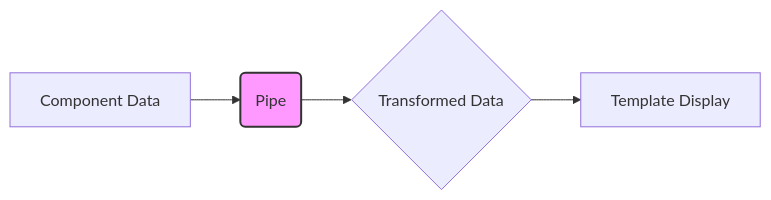
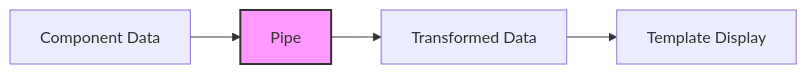
Before and after one commit to infoyouth/infoyouth.github.io: the third of 3 diagrams in _posts/2025-01-01-core-angular-concepts.md, drawn with Mermaid. The commit also changed other lines of this file and 1 other file, not shown here.

````diff
--- a/_posts/2025-01-01-core-angular-concepts.md
+++ b/_posts/2025-01-01-core-angular-concepts.md
@@ -416,7 +473,7 @@
 ```mermaid
 graph LR
-    A[Component Data] --> B(Pipe);
-    B --> C{Transformed Data};
+    A[Component Data] --> B["Pipe"];
+    B --> C["Transformed Data"];
     C --> D[Template Display];
     style B fill:#f9f,stroke:#333,stroke-width:2px
 ```
````
